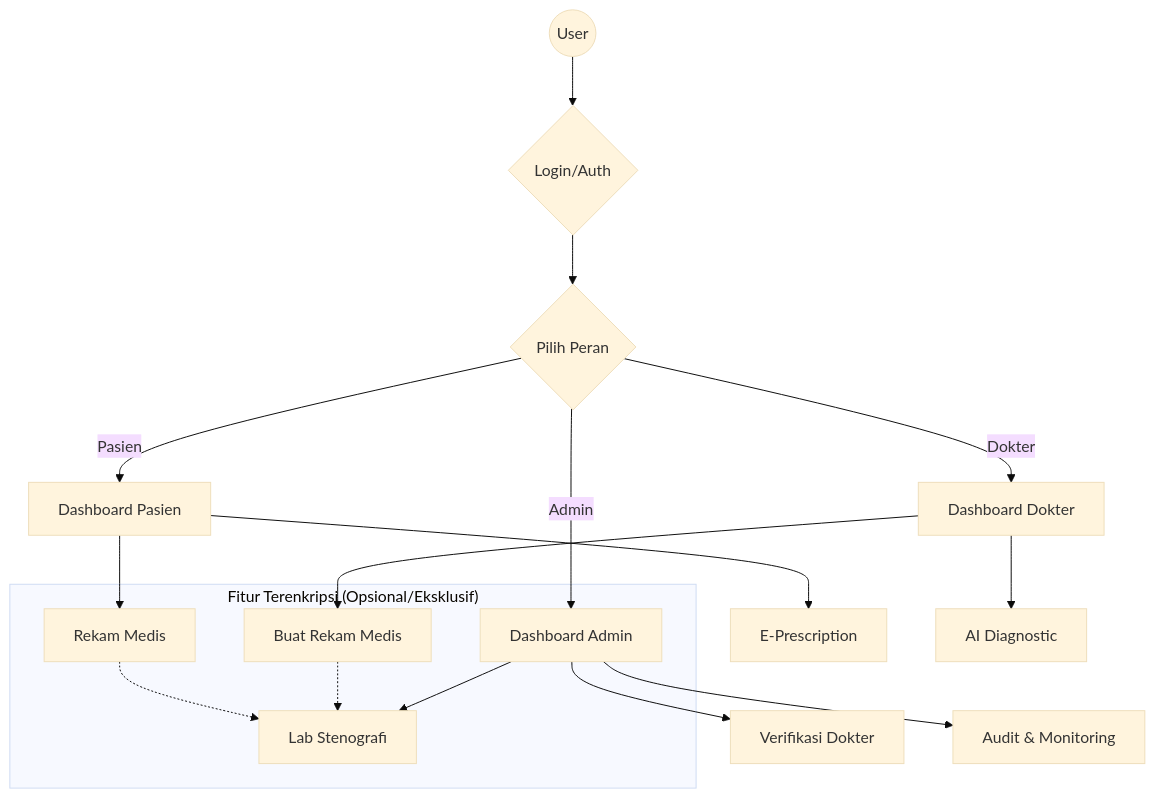
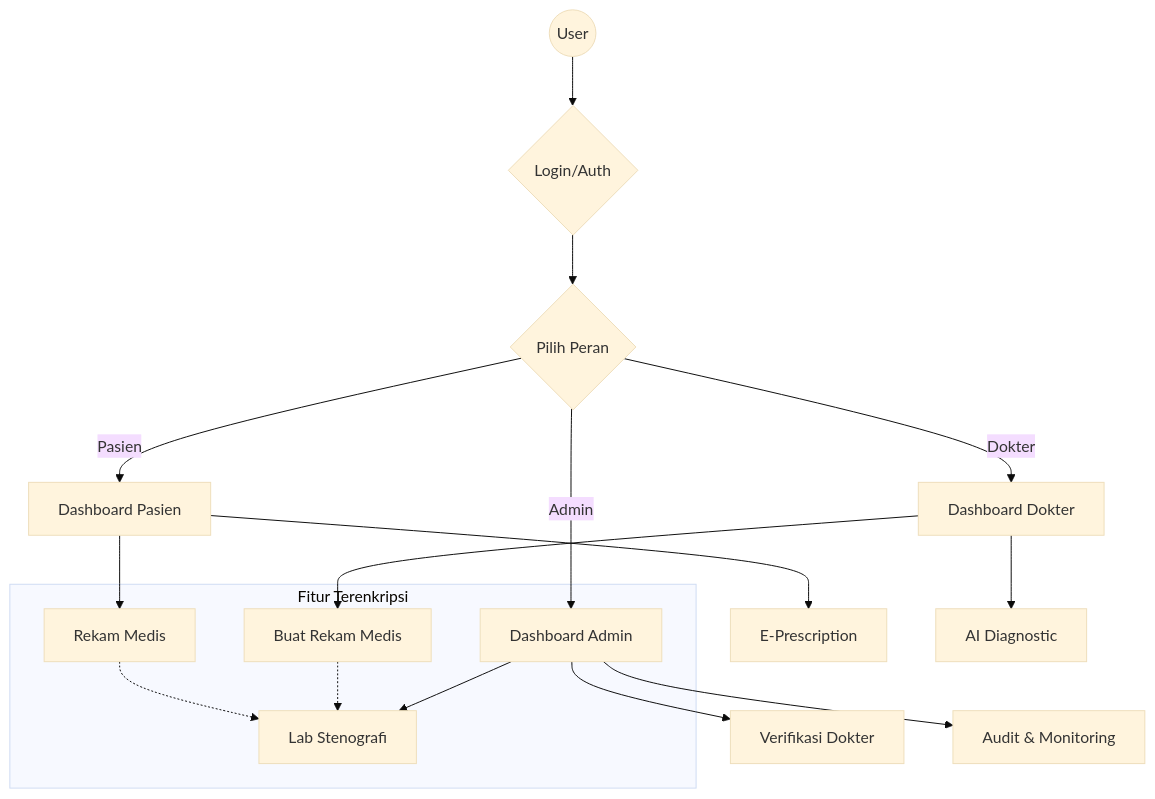
The second of 4 diagrams in README.md (xexoxexo/SEMEDICHAN), drawn with Mermaid (base theme) before and after one commit.

````diff
--- a/README.md
+++ b/README.md
@@ -169,23 +169,23 @@
 ```mermaid
 graph TD
     User((User)) --> Login{Login/Auth}
     Login --> Role{Pilih Peran}
     
     Role -- Pasien --> Pat[Dashboard Pasien]
     Pat --> P1[Rekam Medis]
     Pat --> P2[E-Prescription]
     
     Role -- Dokter --> Doc[Dashboard Dokter]
     Doc --> D1[Buat Rekam Medis]
     Doc --> D2[AI Diagnostic]
     
     Role -- Admin --> Admin[Dashboard Admin]
     Admin --> A1[Verifikasi Dokter]
     Admin --> A2[Audit & Monitoring]
     
-    subgraph "Fitur Terenkripsi (Opsional/Eksklusif)"
+    subgraph "Fitur Terenkripsi"
     P1 -.-> Lab[Lab Stenografi]
     D1 -.-> Lab
     Admin --> Lab
     end
 ```
````
